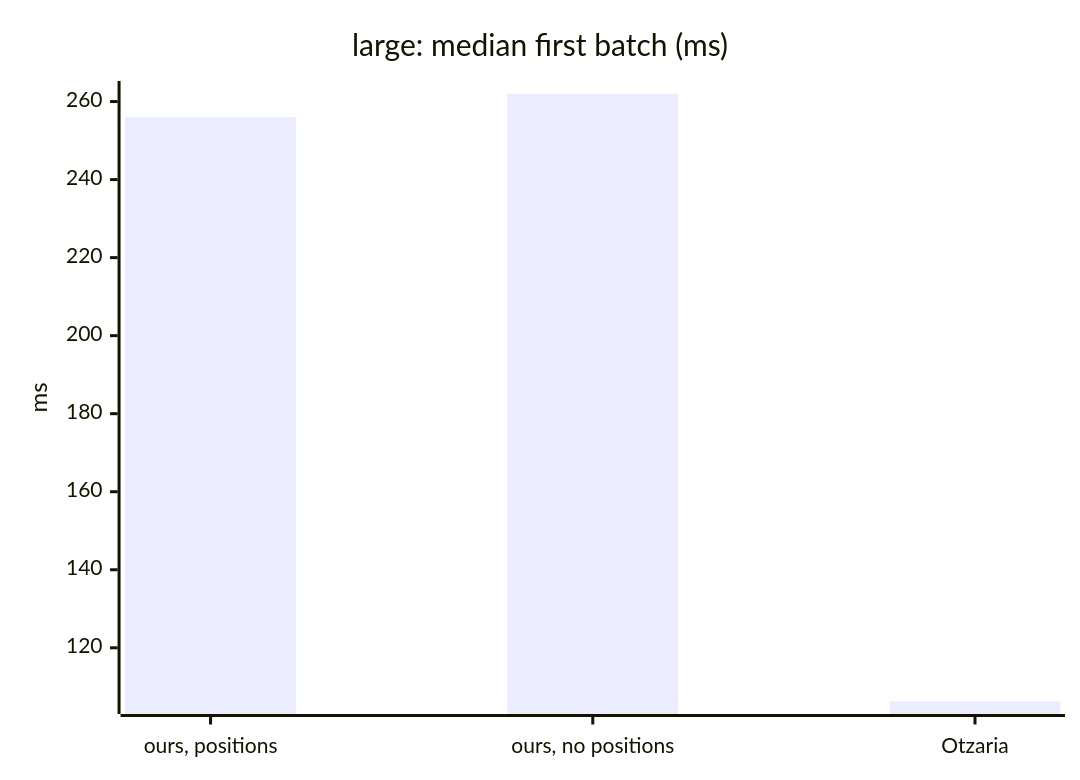
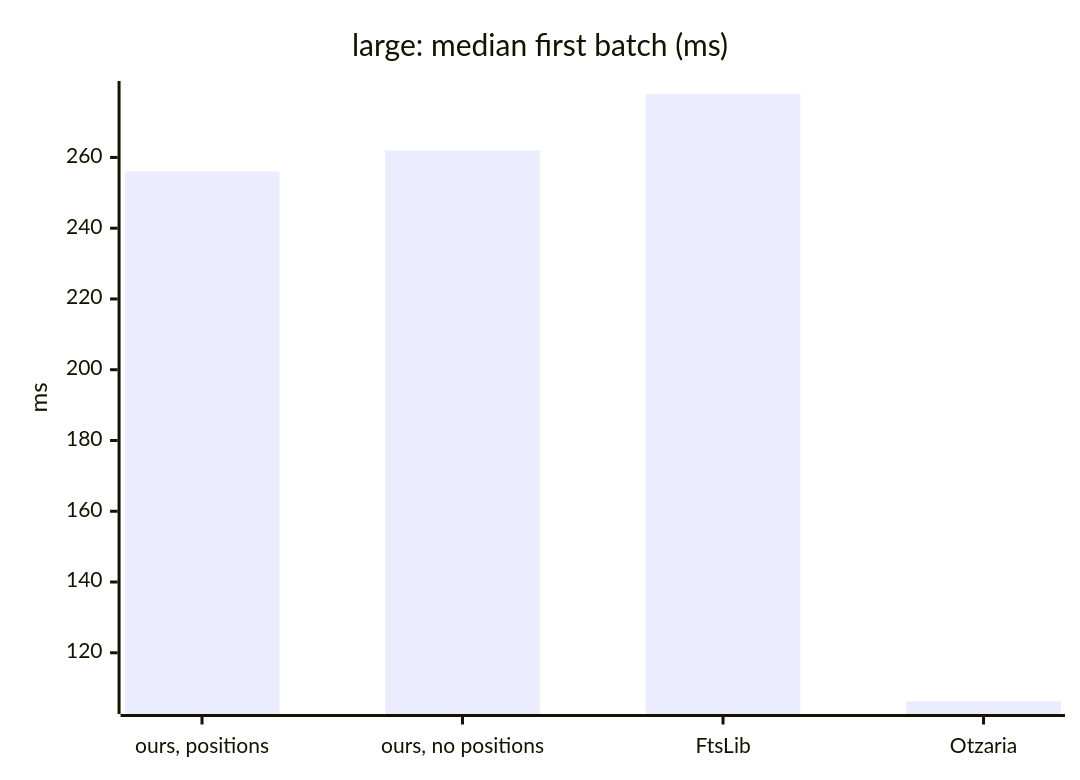
One commit to KleiKodesh/SeforimLibrarySearchEngine changed the fourth of 11 diagrams in FTS-SPECS-AND-COMPARISONS.md. Above: the diagram before and after it, drawn with Mermaid. The commit also changed other lines of this file, not shown here.

Commit message:
FTS-SPECS-AND-COMPARISONS.md: FtsLib speed runs added

````diff
--- a/FTS-SPECS-AND-COMPARISONS.md
+++ b/FTS-SPECS-AND-COMPARISONS.md
@@ -103,7 +103,7 @@
 ```mermaid
 xychart-beta
     title "large: median first batch (ms)"
-    x-axis ["ours, positions", "ours, no positions", "Otzaria"]
+    x-axis ["ours, positions", "ours, no positions", "FtsLib", "Otzaria"]
     y-axis "ms"
-    bar [256.00, 262.00, 106.30]
+    bar [256.00, 262.00, 278.00, 106.30]
 ```
````
